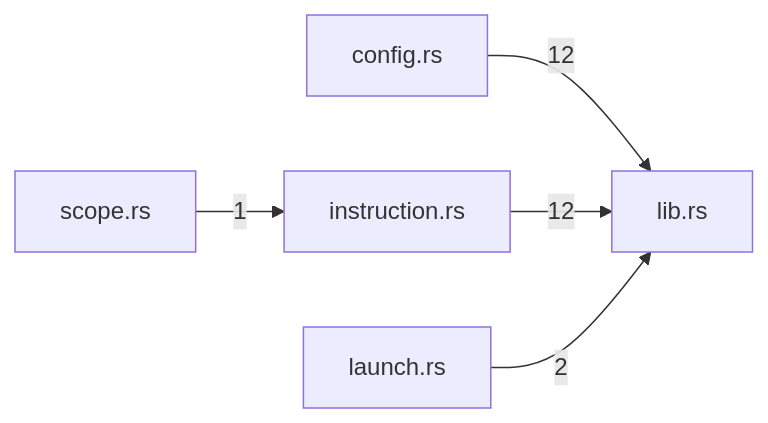
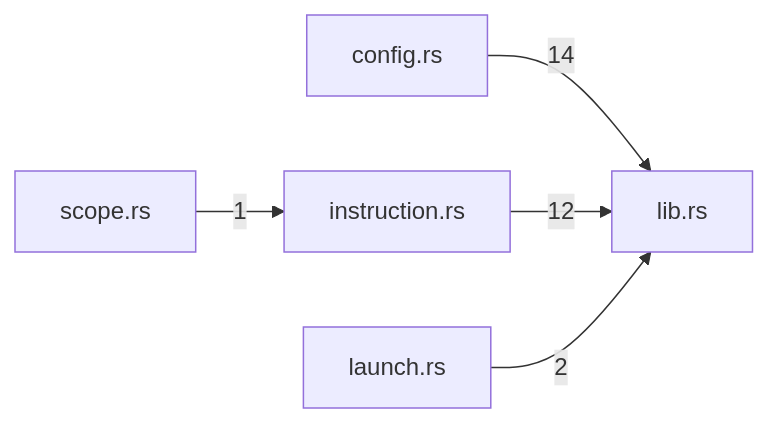
One commit to TekesApps/TekesKernel changed the diagram in crates/profile/docs/generated/index.md. Above: the diagram before and after it, drawn with Mermaid. The commit also changed other lines of this file and 55 other files, not shown here.

````diff
--- a/crates/profile/docs/generated/index.md
+++ b/crates/profile/docs/generated/index.md
@@ -47,12 +47,12 @@
 ```mermaid
 flowchart LR
   m0["config.rs"]
   m1["instruction.rs"]
   m2["launch.rs"]
   m3["lib.rs"]
   m4["scope.rs"]
-  m0 -->|"12"| m3
+  m0 -->|"14"| m3
   m1 -->|"12"| m3
   m2 -->|"2"| m3
   m4 -->|"1"| m1
 ```
````
